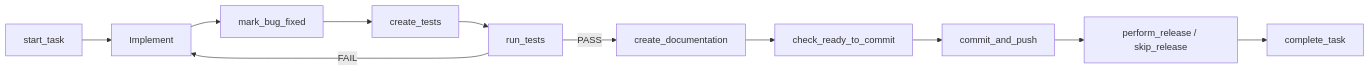
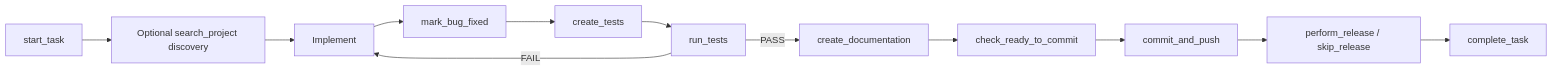
Before and after one commit to programinglive/dev-workflow: the diagram in README.md, drawn with Mermaid. The commit also changed other lines of this file and 13 other files, not shown here.

First line of the commit message:
feat: add bounded local project search

````diff
--- a/README.md
+++ b/README.md
@@ -56,13 +56,13 @@
 ```mermaid
 graph LR
-    A[start_task] --> B[Implement]
+    A[start_task] --> S[Optional search_project discovery] --> B[Implement]
     B --> C[mark_bug_fixed]
     C --> D[create_tests]
     D --> E[run_tests]
     E -- FAIL --> B
     E -- PASS --> F[create_documentation]
     F --> G[check_ready_to_commit]
     G --> H[commit_and_push]
     H --> I[perform_release / skip_release]
     I --> J[complete_task]
 ```
````
